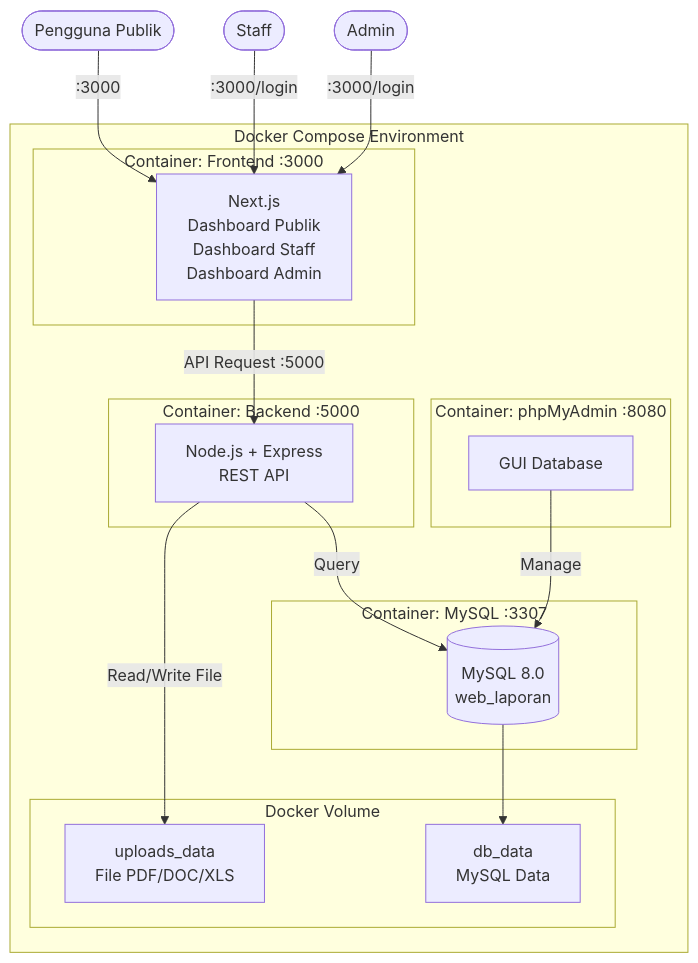
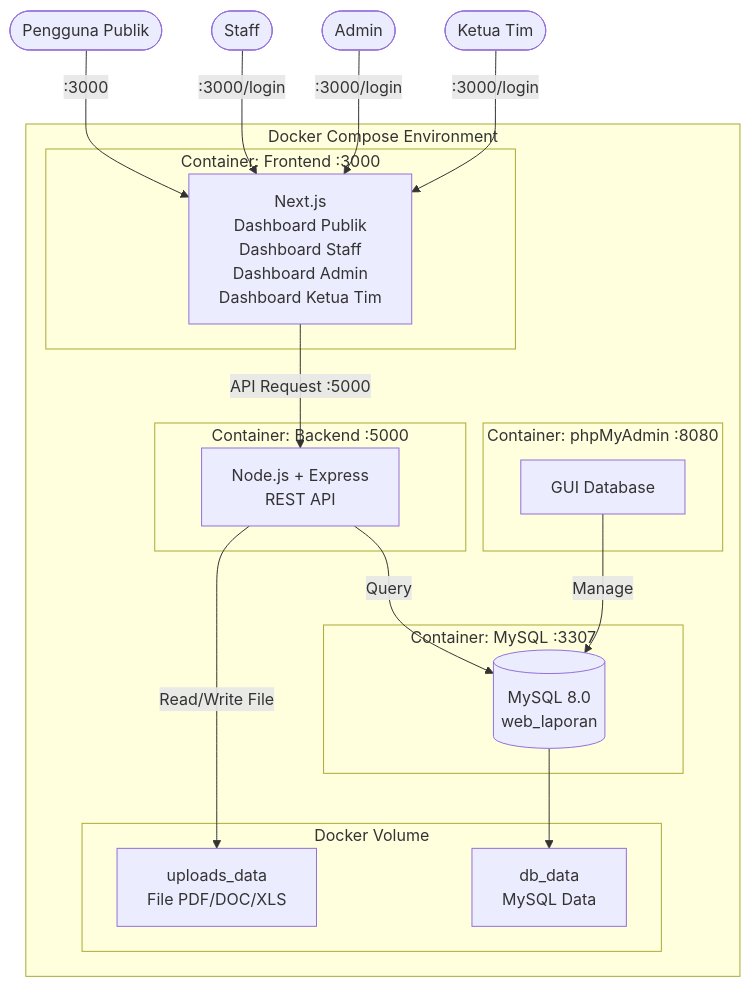
The eighth of 9 diagrams in README.md (Adivalisna1/WEB-MAGANG-), drawn with Mermaid before and after one commit. The commit also changed other lines of this file, not shown here.

````diff
--- a/README.md
+++ b/README.md
@@ -430,31 +476,32 @@
 ```mermaid
 flowchart TB
     subgraph DOCKER["Docker Compose Environment"]
         subgraph FE["Container: Frontend :3000"]
-            F1[Next.js\nDashboard Publik\nDashboard Staff\nDashboard Admin]
+            F1[Next.js\nDashboard Publik\nDashboard Staff\nDashboard Admin\nDashboard Ketua Tim]
         end
         subgraph BE["Container: Backend :5000"]
             B1[Node.js + Express\nREST API]
         end
         subgraph DB_C["Container: MySQL :3307"]
             D1[(MySQL 8.0\nweb_laporan)]
         end
         subgraph PMA["Container: phpMyAdmin :8080"]
             P1[GUI Database]
         end
         subgraph VOL["Docker Volume"]
             V1[uploads_data\nFile PDF/DOC/XLS]
             V2[db_data\nMySQL Data]
         end
     end
 
     USER_PUB([Pengguna Publik]) -->|:3000| F1
     USER_STAFF([Staff]) -->|:3000/login| F1
     USER_ADMIN([Admin]) -->|:3000/login| F1
+    USER_KETUA([Ketua Tim]) -->|:3000/login| F1
 
     F1 -->|API Request :5000| B1
     B1 -->|Query| D1
     B1 -->|Read/Write File| V1
     D1 --> V2
     P1 -->|Manage| D1
 ```
````
